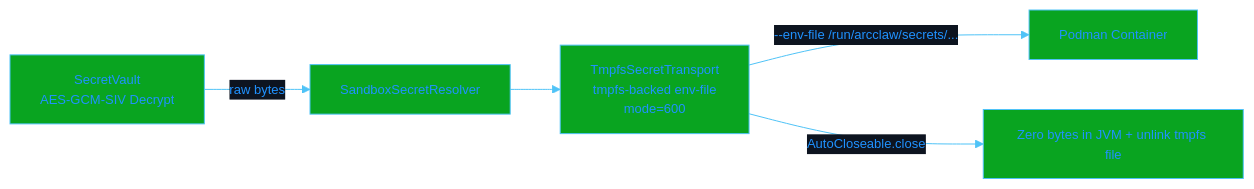
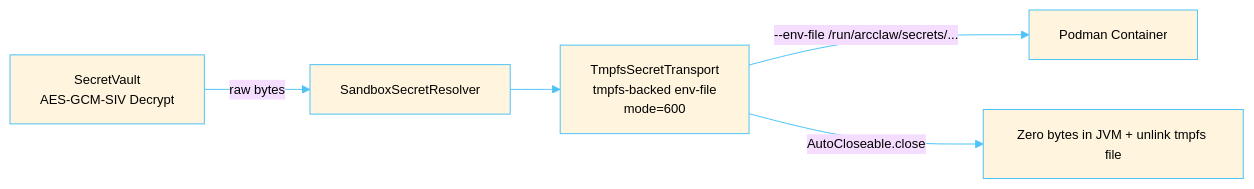
The eighth of 8 diagrams in README.md (rsrini7/AmshaAgent), drawn with Mermaid before and after one commit. The commit also changed other lines of this file, not shown here.

Commit message:
docs: set primary text color to black in mermaid diagrams

````diff
--- a/README.md
+++ b/README.md
@@ -728,8 +728,8 @@
 ```mermaid
-%%{init: {'theme': 'base', 'themeVariables': {'background': '#09a420', 'mainBkg': '#09a420', 'primaryColor': '#1e3a5f', 'primaryTextColor': '#2092ff', 'primaryBorderColor': '#4fc3f7', 'lineColor': '#4fc3f7', 'secondaryColor': '#122030', 'tertiaryColor': '#808080', 'activationBorderColor': '#4fc3f7', 'activationBkgColor': '#1e3a5f', 'actorBkg': '#1e3a5f', 'actorBorder': '#4fc3f7', 'actorTextColor': '#e0ecff', 'actorLineColor': '#4fc3f7', 'signalColor': '#e8a045', 'signalTextColor': '#e8a045', 'labelBoxBkgColor': '#09a420', 'labelBoxBorderColor': '#0b0c0cff', 'labelTextColor': '#e0ecff', 'loopTextColor': '#e0ecff', 'noteBkgColor': '#1a2a0d', 'noteBorderColor': '#81c784', 'noteTextColor': '#c8e6c9', 'edgeLabelBackground': '#0d1420', 'fontSize': '13px'}}}%%
+%%{init: {'theme': 'base', 'themeVariables': {'primaryTextColor': '#000000','primaryBorderColor': '#4fc3f7', 'lineColor': '#4fc3f7', 'activationBorderColor': '#4fc3f7', 'actorBorder': '#4fc3f7', 'actorLineColor': '#4fc3f7','labelBoxBorderColor': '#0b0c0cff', 'noteBorderColor': '#81c784', 'fontSize': '13px'}}}%%
 graph LR
     SV[SecretVault<br/>AES-GCM-SIV Decrypt] -->|raw bytes| SR[SandboxSecretResolver]
     SR --> TT[TmpfsSecretTransport<br/>tmpfs-backed env-file<br/>mode=600]
     TT -->|--env-file /run/arcclaw/secrets/...| Podman[Podman Container]
     TT -->|AutoCloseable.close| Zero[Zero bytes in JVM + unlink tmpfs file]
 ```
````
